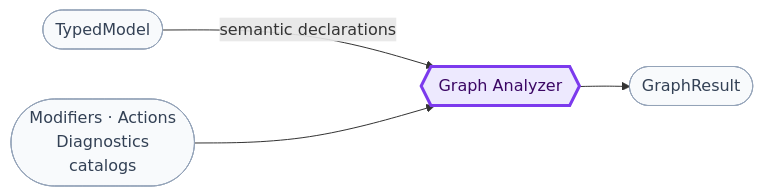
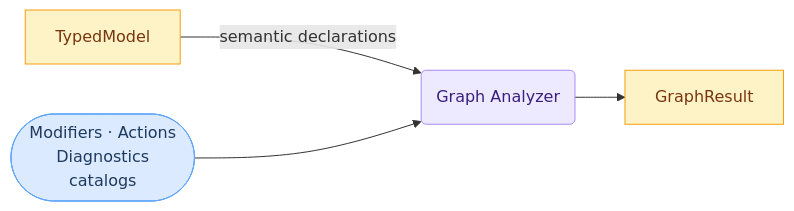
One commit to sfalik/Precept changed the fifth of 9 diagrams in docs/compiler-and-runtime-design.md. Above: the diagram before and after it, drawn with Mermaid. The commit also changed other lines of this file, not shown here.

Commit message:
docs: align §4–§11 diagram shapes and colors with §3 overview

````diff
--- a/docs/compiler-and-runtime-design.md
+++ b/docs/compiler-and-runtime-design.md
@@ -352,14 +355,15 @@
 ```mermaid
 flowchart LR
-    classDef data fill:#f8fafc,stroke:#94a3b8,color:#334155
-    classDef stage fill:#ede9fe,stroke:#7c3aed,stroke-width:3px,color:#3b0764
+    classDef input fill:#dbeafe,stroke:#60a5fa,color:#1e3a5f
+    classDef stage fill:#ede9fe,stroke:#a78bfa,color:#3b1f7e
+    classDef artifact fill:#fef3c7,stroke:#f59e0b,color:#78350f
 
-    TM(["TypedModel"]):::data
-    CAT(["Modifiers · Actions\nDiagnostics\ncatalogs"]):::data
-    GA{{"Graph Analyzer"}}:::stage
-    OUT(["GraphResult"]):::data
+    TM[TypedModel]:::artifact
+    CAT([Modifiers · Actions\nDiagnostics\ncatalogs]):::input
+    GA(Graph Analyzer):::stage
+    OUT[GraphResult]:::artifact
 
     TM -->|"semantic declarations"| GA
     CAT --> GA
     GA --> OUT
 ```
````
